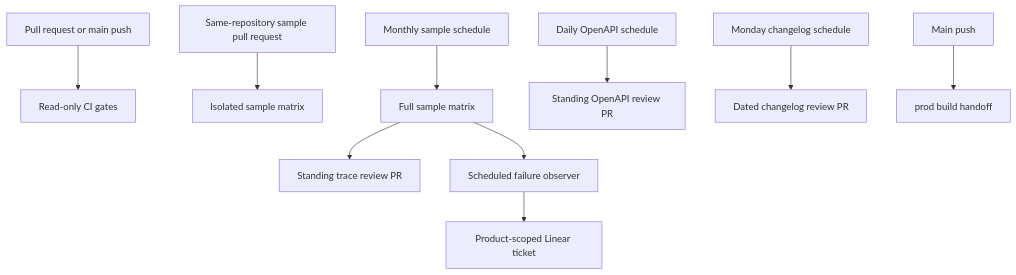
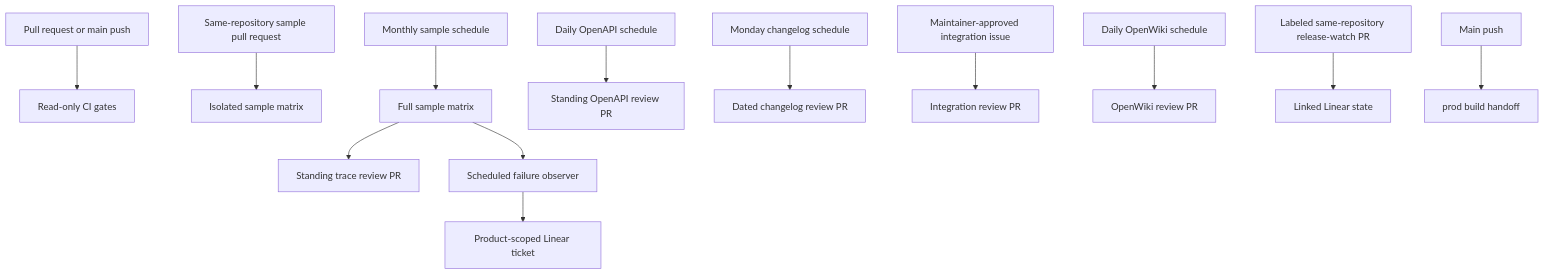
Before and after one commit to langchain-ai/docs: the first of 2 diagrams in openwiki/integrations/github-actions.md, drawn with Mermaid. The commit also changed other lines of this file and 47 other files, not shown here.

Commit message:
docs: update OpenWiki

````diff
--- a/openwiki/integrations/github-actions.md
+++ b/openwiki/integrations/github-actions.md
@@ -57,12 +35,15 @@
 ```mermaid
 flowchart TD
   Change["Pull request or main push"] --> CI["Read-only CI gates"]
   Internal["Same-repository sample pull request"] --> Samples["Isolated sample matrix"]
   Schedule["Monthly sample schedule"] --> Full["Full sample matrix"]
   Full --> Trace["Standing trace review PR"]
   Full --> Observe["Scheduled failure observer"]
   Observe --> Linear["Product-scoped Linear ticket"]
   Daily["Daily OpenAPI schedule"] --> ApiPr["Standing OpenAPI review PR"]
   Weekly["Monday changelog schedule"] --> ChangePr["Dated changelog review PR"]
+  Approved["Maintainer-approved integration issue"] --> Listing["Integration review PR"]
+  Wiki["Daily OpenWiki schedule"] --> WikiPr["OpenWiki review PR"]
+  ReleasePr["Labeled same-repository release-watch PR"] --> LinearSync["Linked Linear state"]
   Main["Main push"] --> Publish["prod build handoff"]
 ```
````
